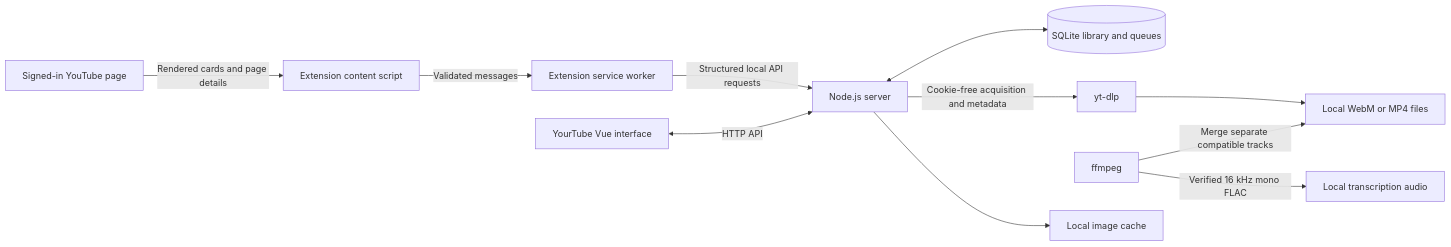
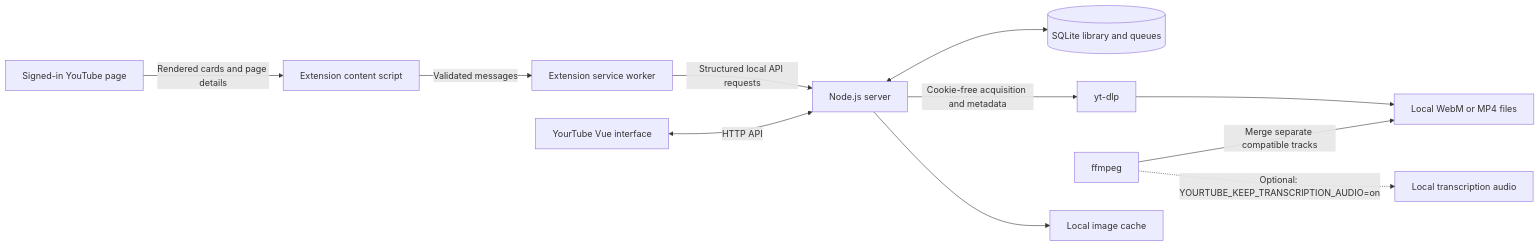
Before and after one commit to ava-sig/yourtube: the diagram in docs/ARCHITECTURE.md, drawn with Mermaid. The commit also changed other lines of this file and 7 other files, not shown here.

````diff
--- a/docs/ARCHITECTURE.md
+++ b/docs/ARCHITECTURE.md
@@ -7,13 +7,13 @@
 ```mermaid
 flowchart LR
   YT[Signed-in YouTube page] -->|Rendered cards and page details| CS[Extension content script]
   CS -->|Validated messages| BG[Extension service worker]
   BG -->|Structured local API requests| API[Node.js server]
   UI[YourTube Vue interface] <-->|HTTP API| API
   API <--> DB[(SQLite library and queues)]
   API -->|Cookie-free acquisition and metadata| YTDLP[yt-dlp]
   YTDLP --> MEDIA[Local WebM or MP4 files]
   FFMPEG[ffmpeg] -->|Merge separate compatible tracks| MEDIA
-  FFMPEG -->|Verified 16 kHz mono FLAC| AUDIO[Local transcription audio]
+  FFMPEG -.->|Optional: YOURTUBE_KEEP_TRANSCRIPTION_AUDIO=on| AUDIO[Local transcription audio]
   API --> IMG[Local image cache]
 ```
````
